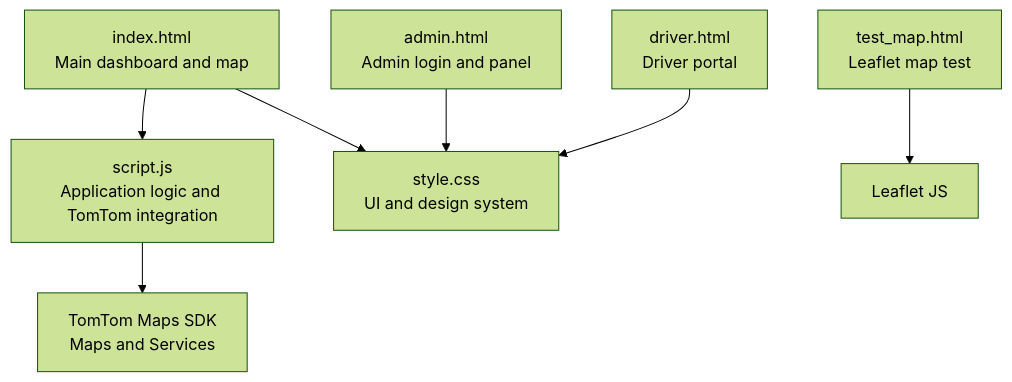
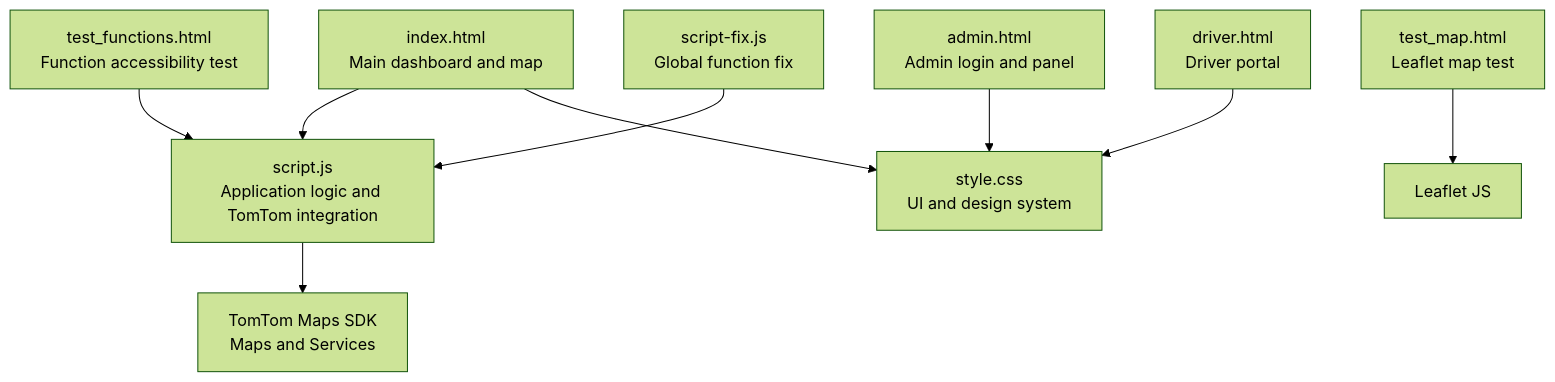
The first of 10 diagrams in .qoder/repowiki/en/content/Development and Testing.md (Rehanpatel3858/BusTrack-Pro), drawn with Mermaid (forest theme) before and after one commit. The commit also changed other lines of this file and 6 other files, not shown here.

````diff
--- a/.qoder/repowiki/en/content/Development and Testing.md
+++ b/.qoder/repowiki/en/content/Development and Testing.md
@@ -31,9 +42,11 @@
 ```mermaid
 graph TB
 A["index.html<br/>Main dashboard and map"] --> B["script.js<br/>Application logic and TomTom integration"]
 A --> C["style.css<br/>UI and design system"]
 D["admin.html<br/>Admin login and panel"] --> C
 E["driver.html<br/>Driver portal"] --> C
 F["test_map.html<br/>Leaflet map test"] --> G["Leaflet JS"]
-B --> H["TomTom Maps SDK<br/>Maps and Services"]
+H["test_functions.html<br/>Function accessibility test"] --> B
+I["script-fix.js<br/>Global function fix"] --> B
+B --> J["TomTom Maps SDK<br/>Maps and Services"]
 ```
````
